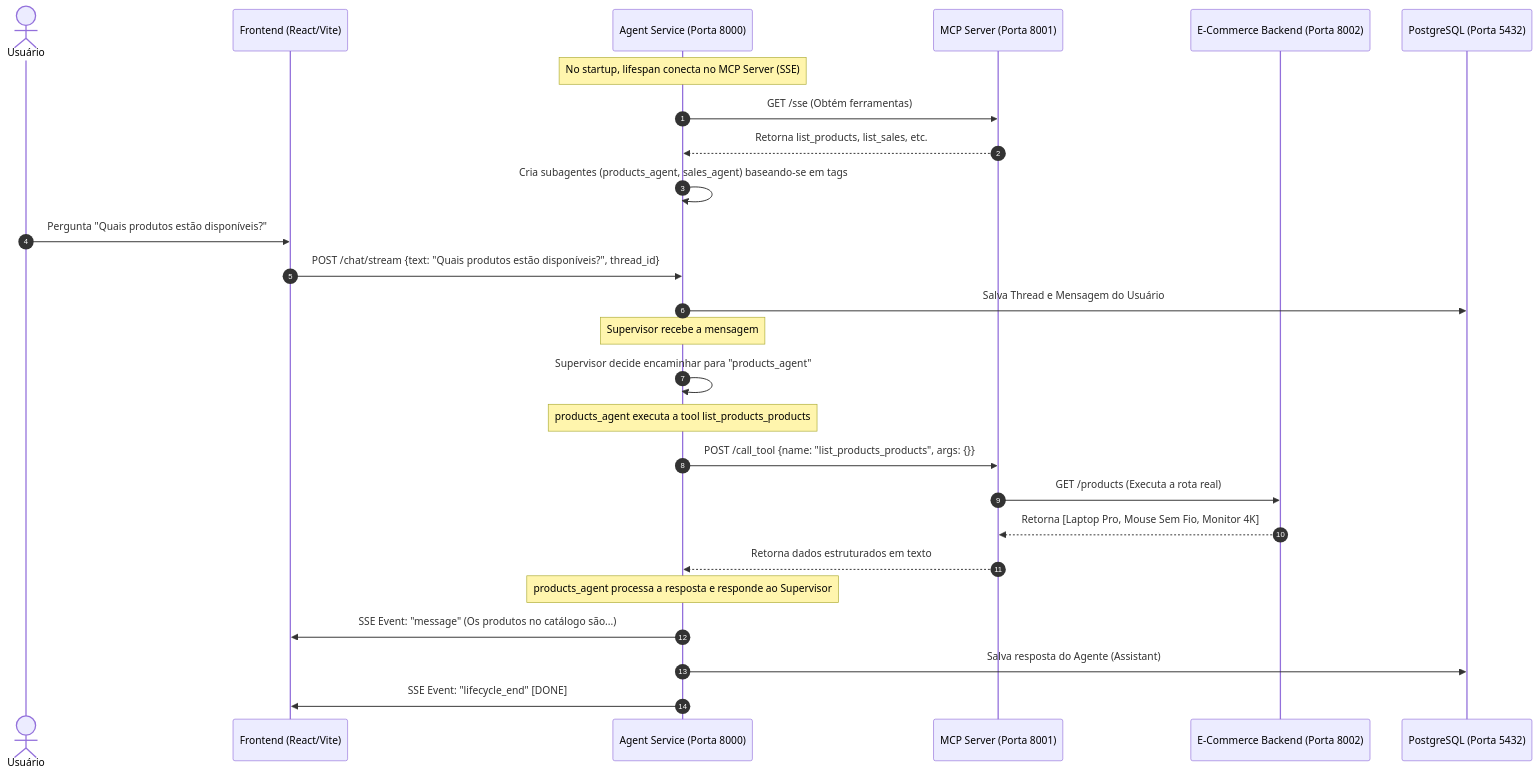
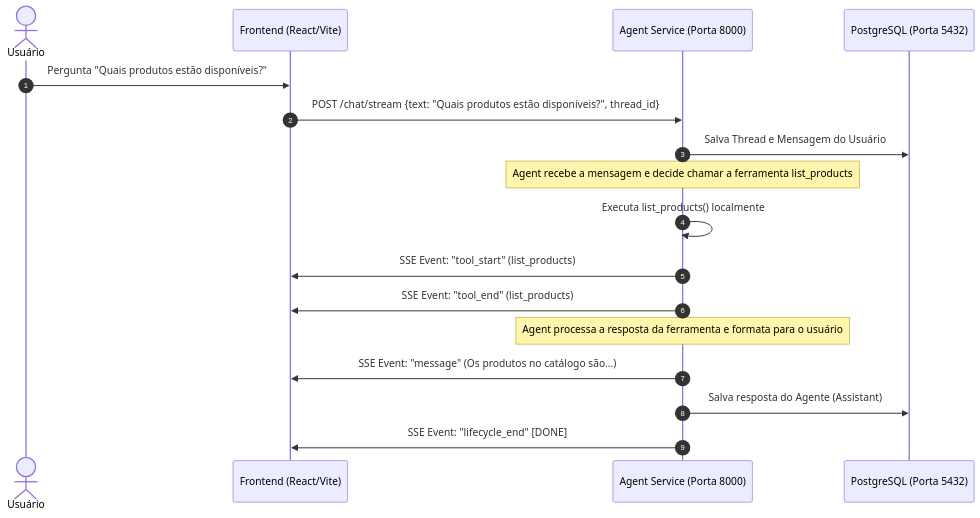
The diagram in docs/architecture.md (gilsonrusso/agent-chat-sse-fastapi-01), drawn with Mermaid before and after one commit. The commit also changed other lines of this file and 40 other files, not shown here.

Commit message:
refactor: remove MCP service layer and integrate tool management directly into agent-service while adding new frontend dashboard components.

````diff
--- a/docs/architecture.md
+++ b/docs/architecture.md
@@ -45,33 +38,22 @@
 ```mermaid
 sequenceDiagram
     autonumber
     actor User as Usuário
     participant FE as Frontend (React/Vite)
     participant BE as Agent Service (Porta 8000)
-    participant MCP as MCP Server (Porta 8001)
-    participant Ecom as E-Commerce Backend (Porta 8002)
     participant DB as PostgreSQL (Porta 5432)
-    
-    Note over BE: No startup, lifespan conecta no MCP Server (SSE)
-    BE->>MCP: GET /sse (Obtém ferramentas)
-    MCP-->>BE: Retorna list_products, list_sales, etc.
-    BE->>BE: Cria subagentes (products_agent, sales_agent) baseando-se em tags
     
     User->>FE: Pergunta "Quais produtos estão disponíveis?"
     FE->>BE: POST /chat/stream {text: "Quais produtos estão disponíveis?", thread_id}
     BE->>DB: Salva Thread e Mensagem do Usuário
     
-    Note over BE: Supervisor recebe a mensagem
-    BE->>BE: Supervisor decide encaminhar para "products_agent"
+    Note over BE: Agent recebe a mensagem e decide chamar a ferramenta list_products
+    BE->>BE: Executa list_products() localmente
+    BE->>FE: SSE Event: "tool_start" (list_products)
+    BE->>FE: SSE Event: "tool_end" (list_products)
     
-    Note over BE: products_agent executa a tool list_products_products
-    BE->>MCP: POST /call_tool {name: "list_products_products", args: {}}
-    MCP->>Ecom: GET /products (Executa a rota real)
-    Ecom-->>MCP: Retorna [Laptop Pro, Mouse Sem Fio, Monitor 4K]
-    MCP-->>BE: Retorna dados estruturados em texto
-    
-    Note over BE: products_agent processa a resposta e responde ao Supervisor
+    Note over BE: Agent processa a resposta da ferramenta e formata para o usuário
     BE->>FE: SSE Event: "message" (Os produtos no catálogo são...)
     BE->>DB: Salva resposta do Agente (Assistant)
     BE->>FE: SSE Event: "lifecycle_end" [DONE]
 ```
````
